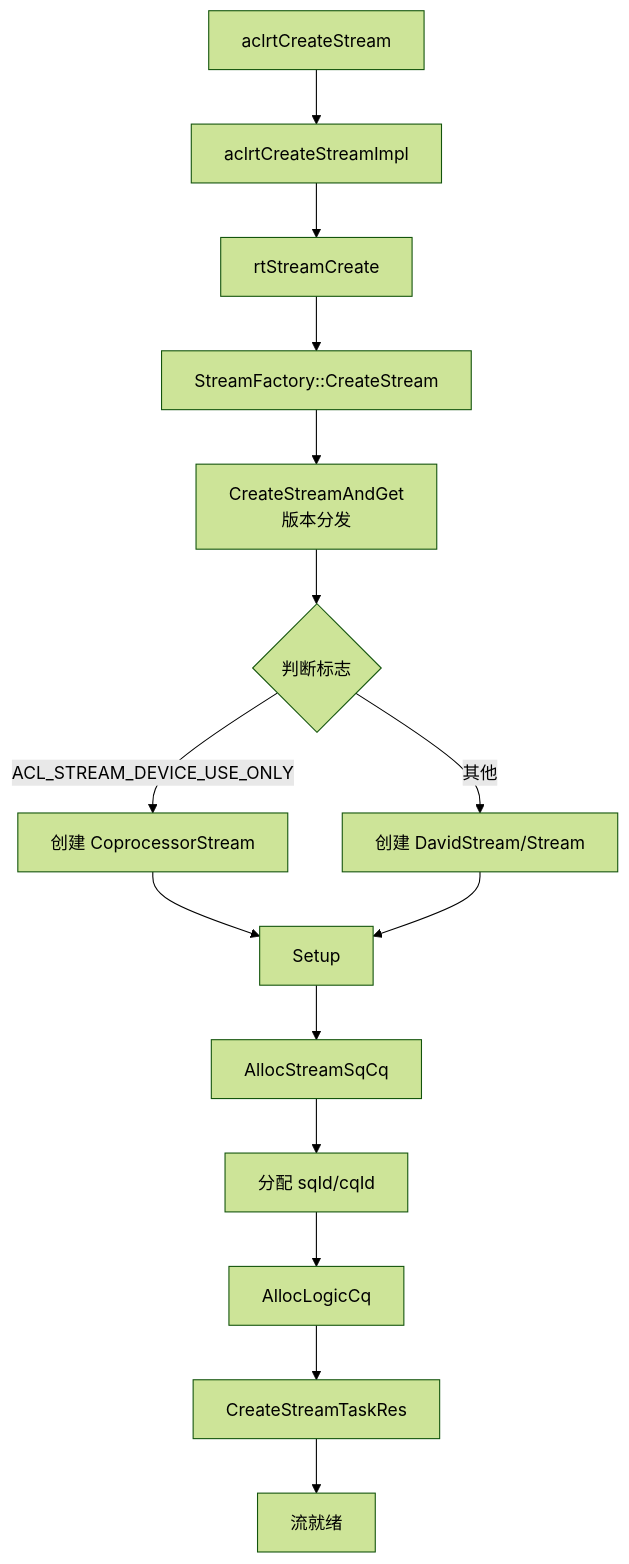
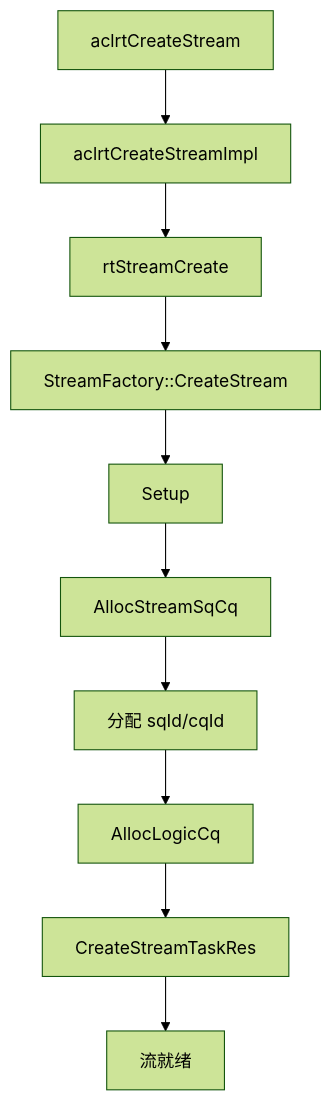
The second of 6 diagrams in docs/design/modules/stream/stream.md (18liumin/runtime), drawn with Mermaid (forest theme) before and after one commit. The commit also changed other lines of this file, not shown here.

````diff
--- a/docs/design/modules/stream/stream.md
+++ b/docs/design/modules/stream/stream.md
@@ -225,17 +142,12 @@
 ```mermaid
 flowchart TD
     A[aclrtCreateStream] --> B[aclrtCreateStreamImpl]
     B --> C[rtStreamCreate]
     C --> D[StreamFactory::CreateStream]
-    D --> E[CreateStreamAndGet<br/>版本分发]
-    E --> F{判断标志}
-    F -->|ACL_STREAM_DEVICE_USE_ONLY| G[创建 CoprocessorStream]
-    F -->|其他| H[创建 DavidStream/Stream]
-    G --> I[Setup]
-    H --> I
-    I --> J[AllocStreamSqCq]
-    J --> K[分配 sqId/cqId]
-    K --> L[AllocLogicCq]
-    L --> M[CreateStreamTaskRes]
-    M --> N[流就绪]
+    D --> E[Setup]
+    E --> F[AllocStreamSqCq]
+    F --> G[分配 sqId/cqId]
+    G --> H[AllocLogicCq]
+    H --> I[CreateStreamTaskRes]
+    I --> J[流就绪]
 ```
````
